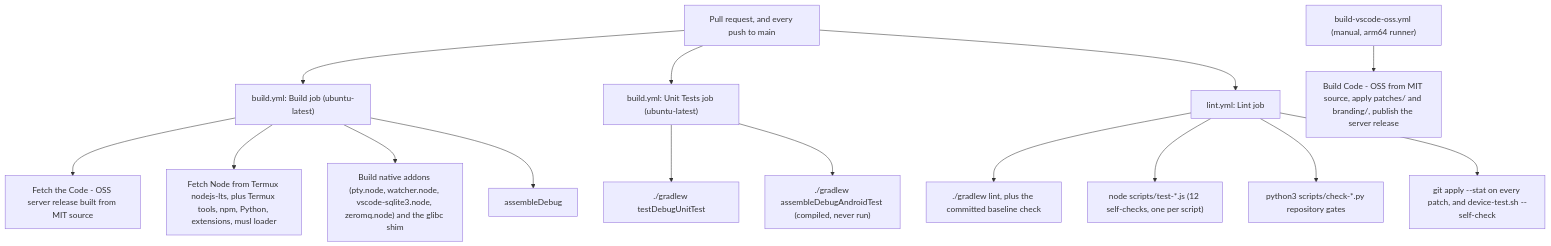
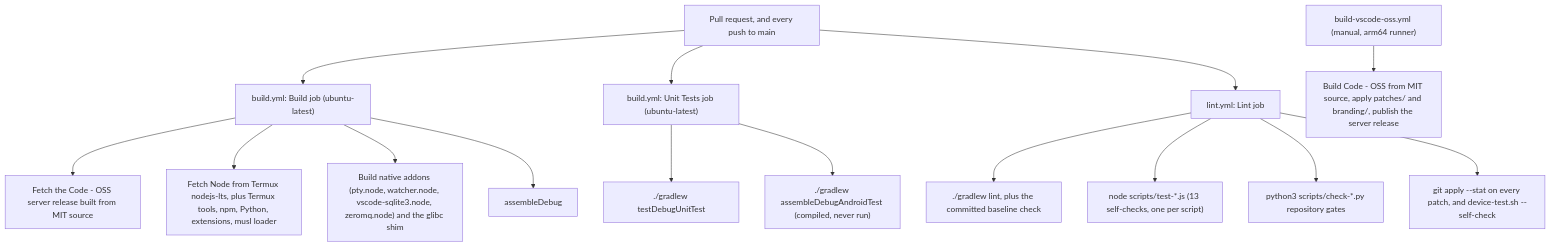
The second of 3 diagrams in docs/07-TESTING_STRATEGY.md (Amixuai/VSCodroid), drawn with Mermaid before and after one commit. The commit also changed other lines of this file and 9 other files, not shown here.

````diff
--- a/docs/07-TESTING_STRATEGY.md
+++ b/docs/07-TESTING_STRATEGY.md
@@ -287,20 +288,20 @@
 ```mermaid
 flowchart TD
   PR["Pull request, and every push to main"] --> BUILD["build.yml: Build job (ubuntu-latest)"]
   BUILD --> B1["Fetch the Code - OSS server release built from MIT source"]
   BUILD --> B2["Fetch Node from Termux nodejs-lts, plus Termux tools, npm, Python, extensions, musl loader"]
   BUILD --> B3["Build native addons (pty.node, watcher.node, vscode-sqlite3.node, zeromq.node) and the glibc shim"]
   BUILD --> B4["assembleDebug"]
 
   PR --> TEST["build.yml: Unit Tests job (ubuntu-latest)"]
   TEST --> T1["./gradlew testDebugUnitTest"]
   TEST --> T2["./gradlew assembleDebugAndroidTest (compiled, never run)"]
 
   PR --> LINT["lint.yml: Lint job"]
   LINT --> L1["./gradlew lint, plus the committed baseline check"]
-  LINT --> L2["node scripts/test-*.js (12 self-checks, one per script)"]
+  LINT --> L2["node scripts/test-*.js (13 self-checks, one per script)"]
   LINT --> L3["python3 scripts/check-*.py repository gates"]
   LINT --> L4["git apply --stat on every patch, and device-test.sh --self-check"]
 
   MAN["build-vscode-oss.yml (manual, arm64 runner)"] --> M1["Build Code - OSS from MIT source, apply patches/ and branding/, publish the server release"]
 ```
````
